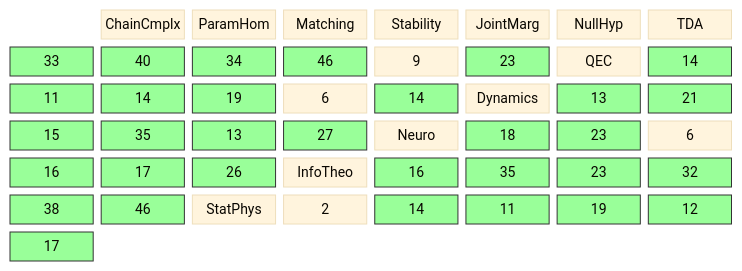
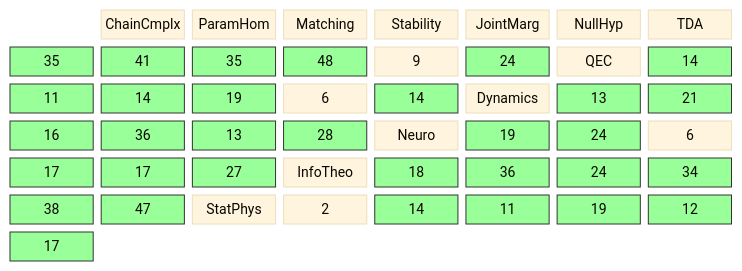
The diagram in diagrams/coverage-matrix.md (musicofhel/topoyolo), drawn with Mermaid before and after one commit. The commit also changed other lines of this file and 12 other files, not shown here.

````diff
--- a/diagrams/coverage-matrix.md
+++ b/diagrams/coverage-matrix.md
@@ -22,46 +22,46 @@
 ```mermaid
 %%{init: {'theme': 'base', 'themeVariables': {'fontSize': '14px'}}}%%
 block-beta
   columns 8
 
   space:1 CC["ChainCmplx"] PH["ParamHom"] MA["Matching"] ST["Stability"] JM["JointMarg"] NH["NullHyp"]
 
-  TDA["TDA"] TDA_CC["33"] TDA_PH["40"] TDA_MA["34"] TDA_ST["46"] TDA_JM["9"] TDA_NH["23"]
+  TDA["TDA"] TDA_CC["35"] TDA_PH["41"] TDA_MA["35"] TDA_ST["48"] TDA_JM["9"] TDA_NH["24"]
   QEC["QEC"] QEC_CC["14"] QEC_PH["11"] QEC_MA["14"] QEC_ST["19"] QEC_JM["6"] QEC_NH["14"]
-  DYN["Dynamics"] DYN_CC["13"] DYN_PH["21"] DYN_MA["15"] DYN_ST["35"] DYN_JM["13"] DYN_NH["27"]
-  NEU["Neuro"] NEU_CC["18"] NEU_PH["23"] NEU_MA["6"] NEU_ST["16"] NEU_JM["17"] NEU_NH["26"]
-  IT["InfoTheo"] IT_CC["16"] IT_PH["35"] IT_MA["23"] IT_ST["32"] IT_JM["38"] IT_NH["46"]
+  DYN["Dynamics"] DYN_CC["13"] DYN_PH["21"] DYN_MA["16"] DYN_ST["36"] DYN_JM["13"] DYN_NH["28"]
+  NEU["Neuro"] NEU_CC["19"] NEU_PH["24"] NEU_MA["6"] NEU_ST["17"] NEU_JM["17"] NEU_NH["27"]
+  IT["InfoTheo"] IT_CC["18"] IT_PH["36"] IT_MA["24"] IT_ST["34"] IT_JM["38"] IT_NH["47"]
   SP["StatPhys"] SP_CC["2"] SP_PH["14"] SP_MA["11"] SP_ST["19"] SP_JM["12"] SP_NH["17"]
   style TDA_CC fill:#9f9,stroke:#333
   style TDA_PH fill:#9f9,stroke:#333
   style TDA_MA fill:#9f9,stroke:#333
   style TDA_ST fill:#9f9,stroke:#333
   style TDA_NH fill:#9f9,stroke:#333
   style QEC_CC fill:#9f9,stroke:#333
   style QEC_PH fill:#9f9,stroke:#333
   style QEC_MA fill:#9f9,stroke:#333
   style QEC_ST fill:#9f9,stroke:#333
   style QEC_NH fill:#9f9,stroke:#333
   style DYN_CC fill:#9f9,stroke:#333
   style DYN_PH fill:#9f9,stroke:#333
   style DYN_MA fill:#9f9,stroke:#333
   style DYN_ST fill:#9f9,stroke:#333
   style DYN_JM fill:#9f9,stroke:#333
   style DYN_NH fill:#9f9,stroke:#333
   style NEU_CC fill:#9f9,stroke:#333
   style NEU_PH fill:#9f9,stroke:#333
   style NEU_ST fill:#9f9,stroke:#333
   style NEU_JM fill:#9f9,stroke:#333
   style NEU_NH fill:#9f9,stroke:#333
   style IT_CC fill:#9f9,stroke:#333
   style IT_PH fill:#9f9,stroke:#333
   style IT_MA fill:#9f9,stroke:#333
   style IT_ST fill:#9f9,stroke:#333
   style IT_JM fill:#9f9,stroke:#333
   style IT_NH fill:#9f9,stroke:#333
   style SP_PH fill:#9f9,stroke:#333
   style SP_MA fill:#9f9,stroke:#333
   style SP_ST fill:#9f9,stroke:#333
   style SP_JM fill:#9f9,stroke:#333
   style SP_NH fill:#9f9,stroke:#333
 ```
````
